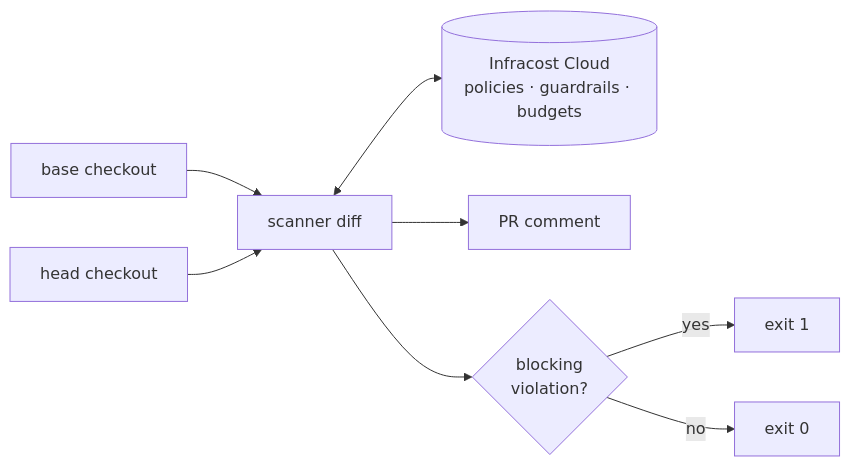
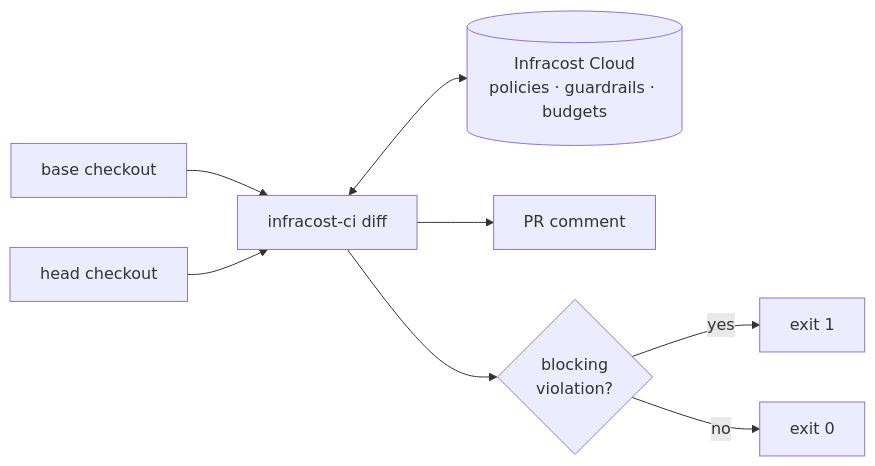
The first of 2 diagrams in README.md (infracost/ci), drawn with Mermaid before and after one commit. The commit also changed other lines of this file and 8 other files, not shown here.

Commit message:
feat(branding): rename scanner to infracost-ci (#19)

````diff
--- a/README.md
+++ b/README.md
@@ -18,10 +18,10 @@
 ```mermaid
 flowchart LR
-  base[base checkout] --> scanner
-  head[head checkout] --> scanner["scanner diff"]
-  scanner <--> cloud[("Infracost Cloud<br/>policies · guardrails · budgets")]
-  scanner --> comment["PR comment"]
-  scanner --> gate{"blocking<br/>violation?"}
+  base[base checkout] --> infracostCi
+  head[head checkout] --> infracostCi["infracost-ci diff"]
+  infracostCi <--> cloud[("Infracost Cloud<br/>policies · guardrails · budgets")]
+  infracostCi --> comment["PR comment"]
+  infracostCi --> gate{"blocking<br/>violation?"}
   gate -->|yes| fail["exit 1"]
   gate -->|no| pass["exit 0"]
 ```
````
